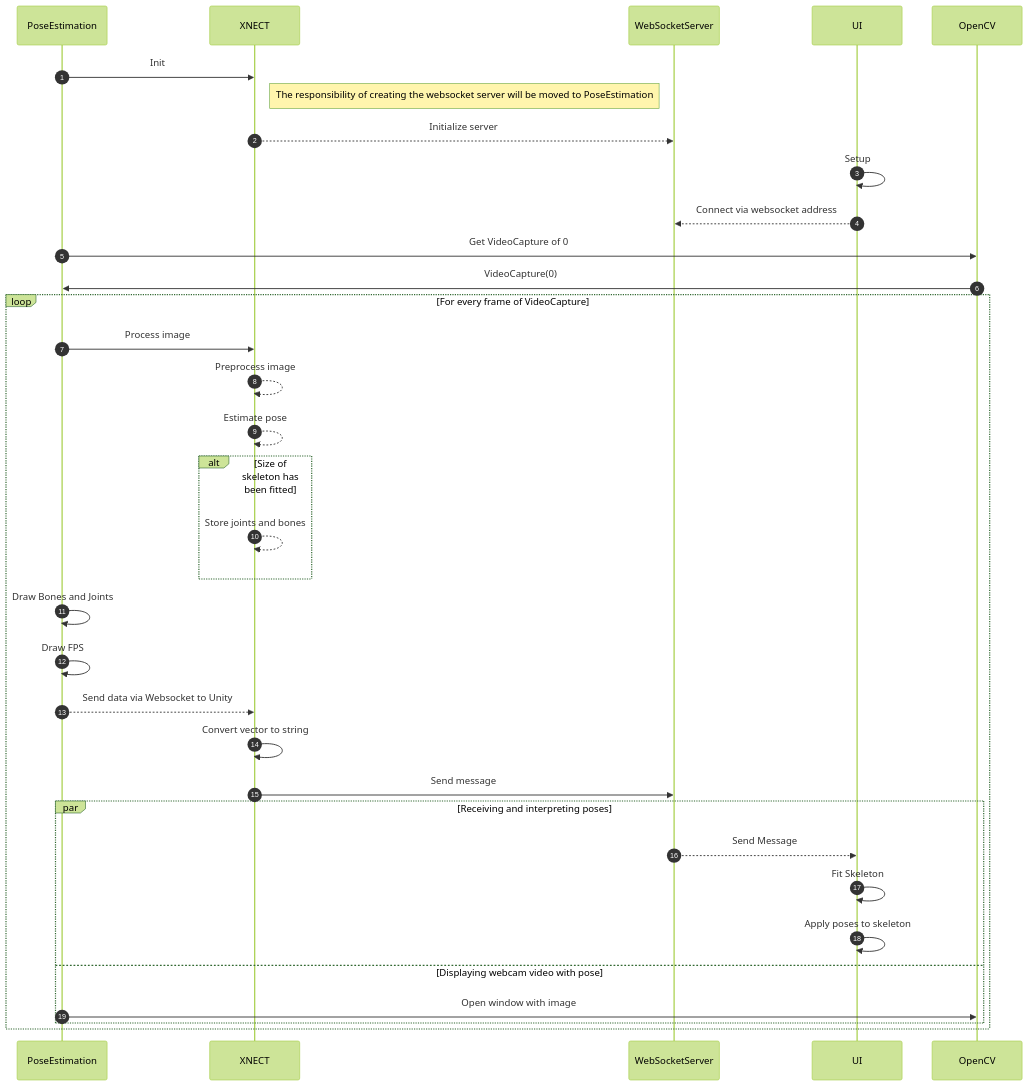
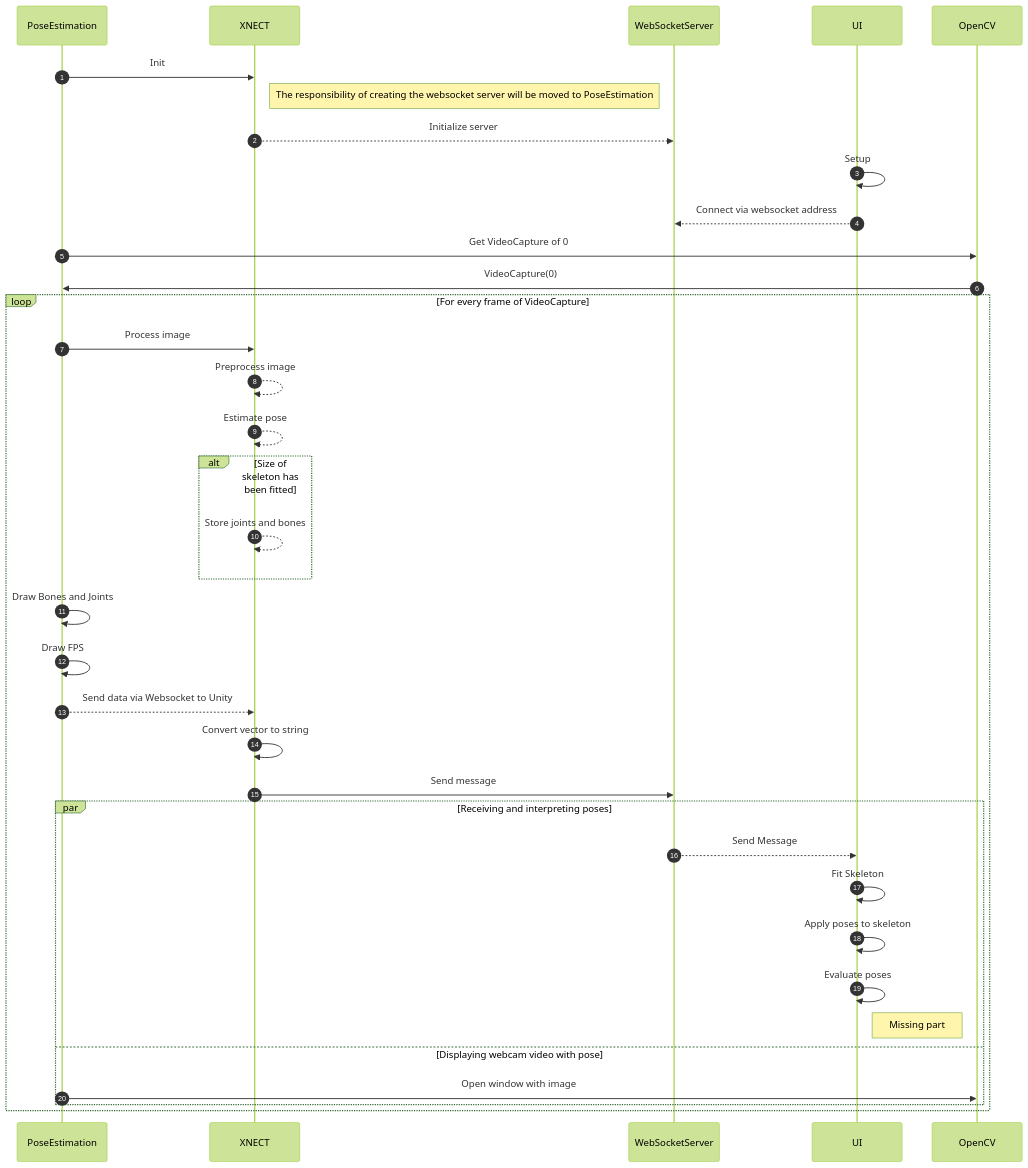
Before and after one commit to xu-chris/fimi-Documentation: the second of 2 diagrams in docs/application/architecture/architecture.md, drawn with Mermaid (forest theme).

Commit message:
Add evaluate poses

````diff
--- a/docs/application/architecture/architecture.md
+++ b/docs/application/architecture/architecture.md
@@ -21,31 +21,33 @@
 ```mermaid
 sequenceDiagram
     autonumber
     PoseEstimation->>XNECT: Init
     Note right of XNECT: The responsibility of creating the websocket server will be moved to PoseEstimation
     XNECT-->>WebSocketServer: Initialize server
     UI->>UI: Setup
     UI-->>WebSocketServer: Connect via websocket address
     PoseEstimation->>OpenCV: Get VideoCapture of 0
     OpenCV->>PoseEstimation: VideoCapture(0)
     loop For every frame of VideoCapture
         PoseEstimation->>XNECT: Process image
         XNECT-->>XNECT: Preprocess image
         XNECT-->>XNECT: Estimate pose
         alt Size of skeleton has been fitted
             XNECT-->>XNECT: Store joints and bones
         end
         PoseEstimation->>PoseEstimation: Draw Bones and Joints
         PoseEstimation->>PoseEstimation: Draw FPS
         PoseEstimation-->>XNECT: Send data via Websocket to Unity
         XNECT->>XNECT: Convert vector to string
         XNECT->>WebSocketServer: Send message
         par Receiving and interpreting poses
             WebSocketServer-->> UI: Send Message
             UI->>UI: Fit Skeleton
             UI->>UI: Apply poses to skeleton
+            UI->>UI: Evaluate poses
+            Note right of UI: Missing part
         and Displaying webcam video with pose
             PoseEstimation->>OpenCV: Open window with image
         end
     end
 ```
````
